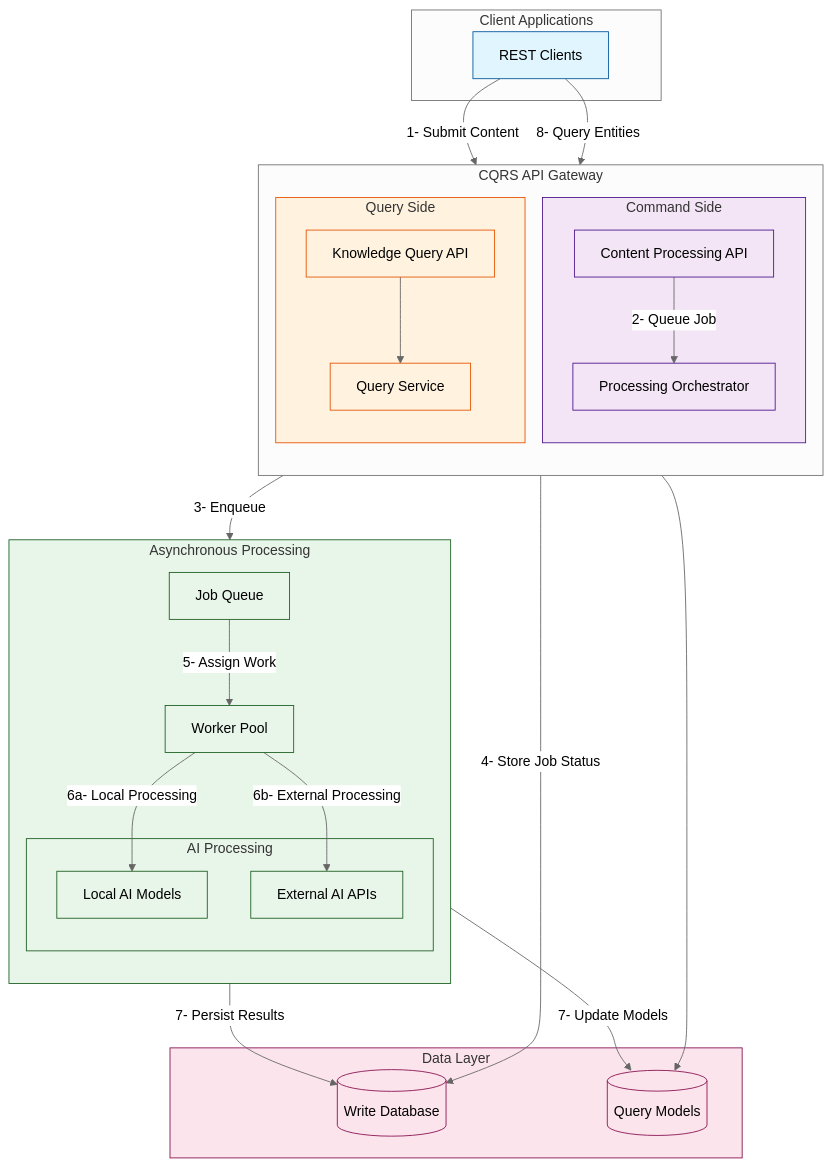
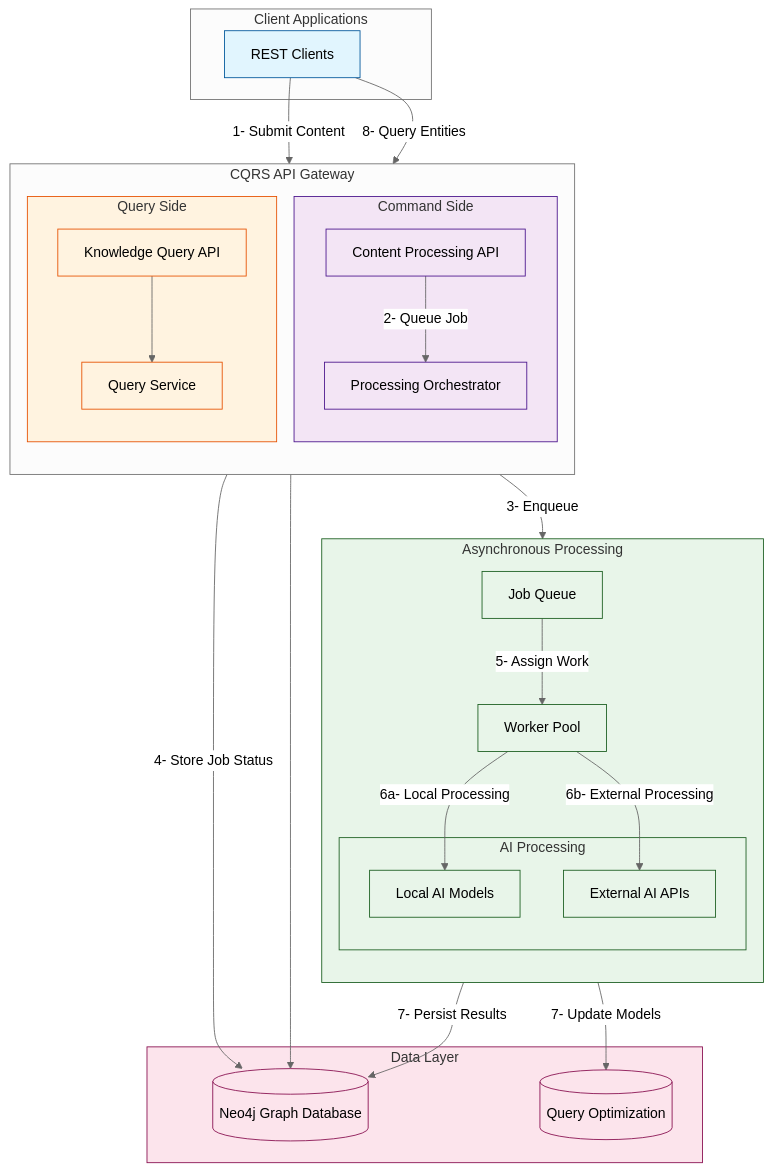
Before and after one commit to chaixdev/lorevault-kb: the first of 3 diagrams in docs/architecture/02-functional-viewpoint.md, drawn with Mermaid (neutral theme). The commit also changed other lines of this file and 12 other files, not shown here.

````diff
--- a/docs/architecture/02-functional-viewpoint.md
+++ b/docs/architecture/02-functional-viewpoint.md
@@ -116,62 +115,62 @@
 ```mermaid
 flowchart TB
     subgraph Client ["Client Applications"]
         UI[REST Clients]
     end
     
     subgraph CQRS ["CQRS API Gateway"]
         direction TB
         subgraph Commands ["Command Side"]
             CP[Content Processing API]
             CH[Processing Orchestrator]
         end
         subgraph Queries ["Query Side"]
             QP[Knowledge Query API]
             QM[Query Service]
         end
     end
     
     subgraph Processing ["Asynchronous Processing"]
         JQ[Job Queue]
         WP[Worker Pool]
         direction TB
         subgraph AIServices ["AI Processing"]
             LOCAL[Local AI Models]
             EXTERNAL[External AI APIs]
         end
     end
     
     subgraph DataLayer ["Data Layer"]
-        WRITEDB[(Write Database)]
-        READMODEL[(Query Models)]
+        GRAPHDB[(Neo4j Graph Database)]
+        QUERYOPT[(Query Optimization)]
     end
     
     UI -->|1- Submit Content| CP
     UI -->|8- Query Entities| QP
     
     CP -->|2- Queue Job| CH
     CH -->|3- Enqueue| JQ
-    CH -->|4- Store Job Status| WRITEDB
+    CH -->|4- Store Job Status| GRAPHDB
     
     JQ -->|5- Assign Work| WP
     WP -->|6a- Local Processing| LOCAL
     WP -->|6b- External Processing| EXTERNAL
     
-    WP -->|7- Persist Results| WRITEDB
-    WP -->|7- Update Models| READMODEL
+    WP -->|7- Persist Results| GRAPHDB
+    WP -->|7- Update Models| QUERYOPT
     
     QP --> QM
-    QM --> READMODEL
+    QM --> GRAPHDB
     
     classDef client fill:#e1f5fe,stroke:#01579b
     classDef command fill:#f3e5f5,stroke:#4a148c
     classDef query fill:#fff3e0,stroke:#e65100
     classDef processing fill:#e8f5e9,stroke:#1b5e20
     classDef data fill:#fce4ec,stroke:#880e4f
     
     class UI client
     class CP,CH,Commands command
     class QP,QM,Queries query
     class JQ,WP,LOCAL,EXTERNAL,Processing,AIServices processing
-    class WRITEDB,READMODEL,DataLayer data
+    class GRAPHDB,QUERYOPT,DataLayer data
 ```
````
